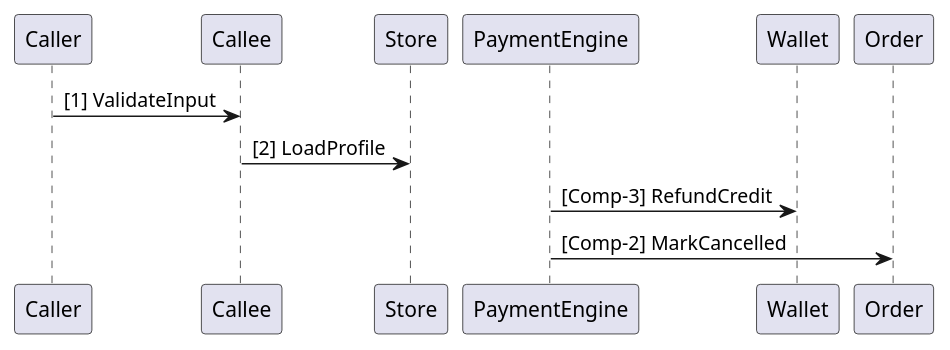
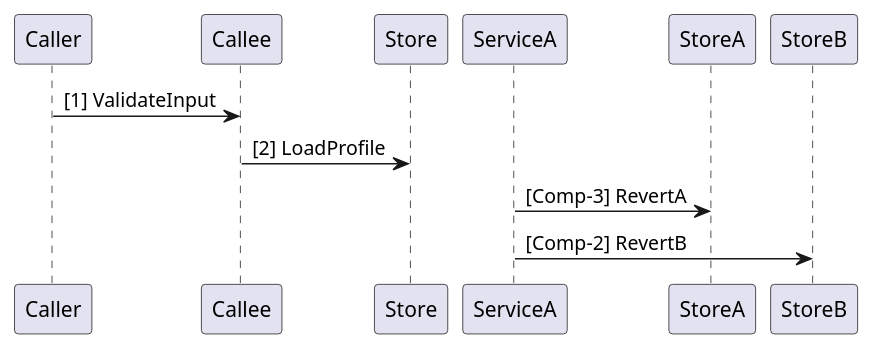
One commit to hunghlh98/orchestra changed diagram 33 of 34 in skills/plantuml/references/sequence_diagrams.md. Above: the diagram before and after it, drawn with PlantUML. The commit also changed other lines of this file and 1 other file, not shown here.

First line of the commit message:
refactor(plantuml): sweep MED/LOW pre-existing payment-flow examples

````diff
--- a/skills/plantuml/references/sequence_diagrams.md
+++ b/skills/plantuml/references/sequence_diagrams.md
@@ -546,11 +546,11 @@
 ```puml
 @startuml
 ' Sequential step labels (manual)
 Caller -> Callee : [1] ValidateInput
 Callee -> Store  : [2] LoadProfile
 
 ' Compensation / saga reversal markers — reverse order from the forward path
-PaymentEngine -> Wallet : [Comp-3] RefundCredit
-PaymentEngine -> Order  : [Comp-2] MarkCancelled
+ServiceA -> StoreA : [Comp-3] RevertA
+ServiceA -> StoreB : [Comp-2] RevertB
 @enduml
 ```
````
